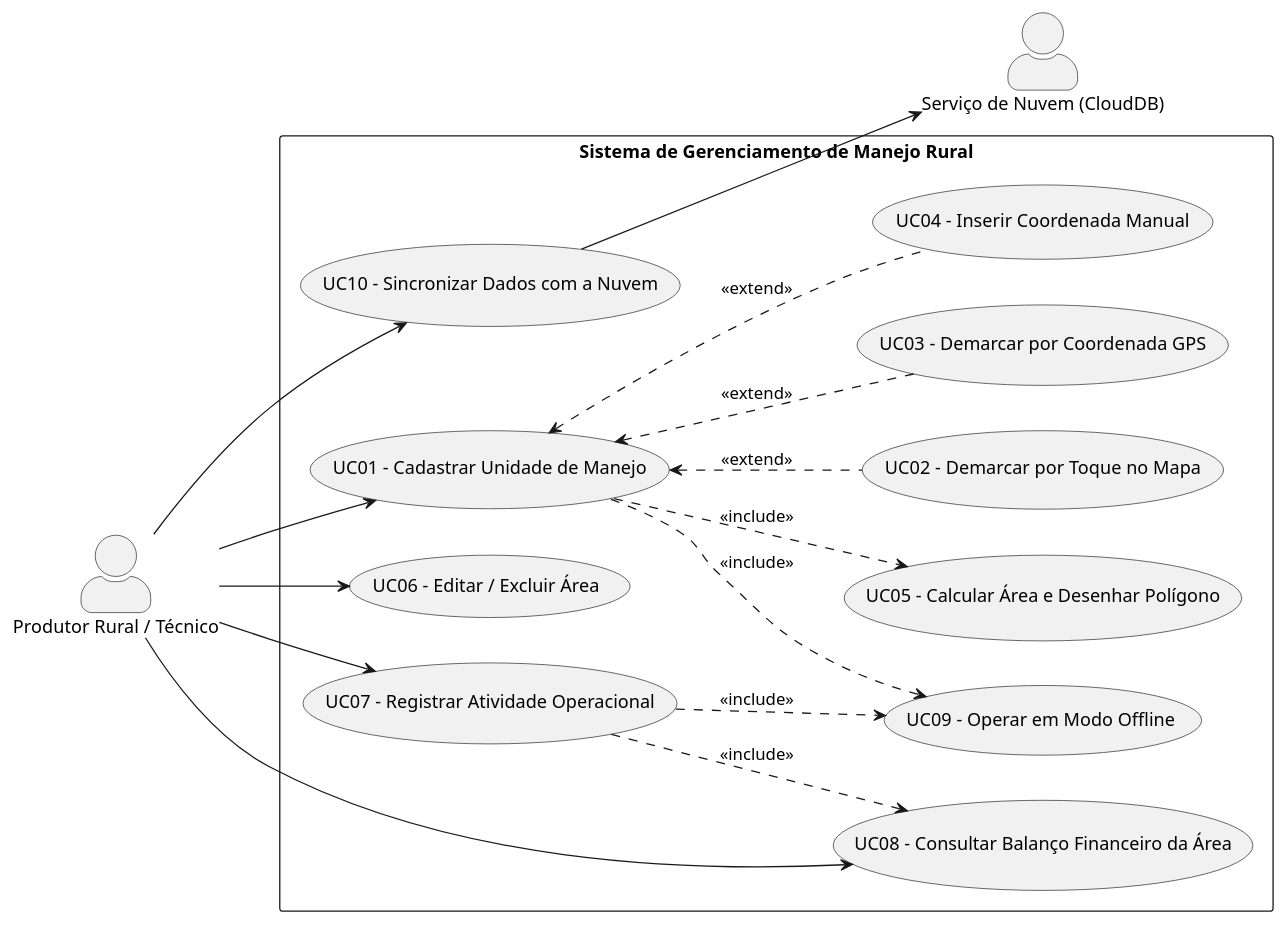
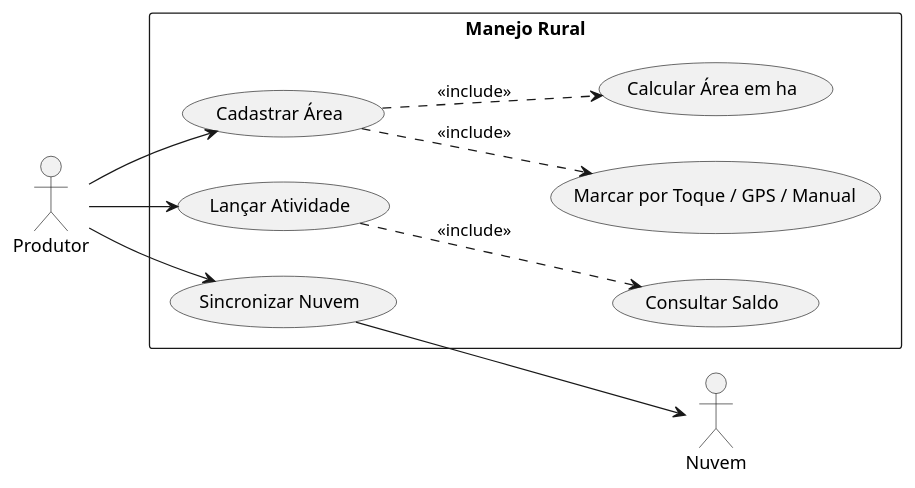
Before and after one commit to heduardowitkoski/CMA_manejo_rural: the first of 5 diagrams in DOCUMENTACAO_E_RELATORIO_TECNICO.md, drawn with PlantUML. The commit also changed other lines of this file, not shown here.

````diff
--- a/DOCUMENTACAO_E_RELATORIO_TECNICO.md
+++ b/DOCUMENTACAO_E_RELATORIO_TECNICO.md
@@ -60,40 +45,25 @@
 ```plantuml
 @startuml
 left to right direction
-skinparam packageStyle rectangle
-skinparam actorStyle awesome
+actor Produtor
+actor Nuvem
 
-actor "Produtor Rural / Técnico" as Produtor
-actor "Serviço de Nuvem (CloudDB)" as Nuvem
+rectangle "Manejo Rural" {
+    usecase "Cadastrar Área" as UC1
+    usecase "Marcar por Toque / GPS / Manual" as UC2
+    usecase "Calcular Área em ha" as UC3
+    usecase "Lançar Atividade" as UC4
+    usecase "Consultar Saldo" as UC5
+    usecase "Sincronizar Nuvem" as UC6
 
-rectangle "Sistema de Gerenciamento de Manejo Rural" {
-    usecase "UC01 - Cadastrar Unidade de Manejo" as UC01
-    usecase "UC02 - Demarcar por Toque no Mapa" as UC02
-    usecase "UC03 - Demarcar por Coordenada GPS" as UC03
-    usecase "UC04 - Inserir Coordenada Manual" as UC04
-    usecase "UC05 - Calcular Área e Desenhar Polígono" as UC05
-    usecase "UC06 - Editar / Excluir Área" as UC06
-    usecase "UC07 - Registrar Atividade Operacional" as UC07
-    usecase "UC08 - Consultar Balanço Financeiro da Área" as UC08
-    usecase "UC09 - Operar em Modo Offline" as UC09
-    usecase "UC10 - Sincronizar Dados com a Nuvem" as UC10
-
-    UC01 ..> UC05 : <<include>>
-    UC01 <.. UC02 : <<extend>>
-    UC01 <.. UC03 : <<extend>>
-    UC01 <.. UC04 : <<extend>>
-    
-    UC07 ..> UC08 : <<include>>
-    UC01 ..> UC09 : <<include>>
-    UC07 ..> UC09 : <<include>>
+    UC1 ..> UC2 : <<include>>
+    UC1 ..> UC3 : <<include>>
+    UC4 ..> UC5 : <<include>>
 }
 
-Produtor --> UC01
-Produtor --> UC06
-Produtor --> UC07
-Produtor --> UC08
-Produtor --> UC10
-
-UC10 --> Nuvem
+Produtor --> UC1
+Produtor --> UC4
+Produtor --> UC6
+UC6 --> Nuvem
 @enduml
 ```
````
